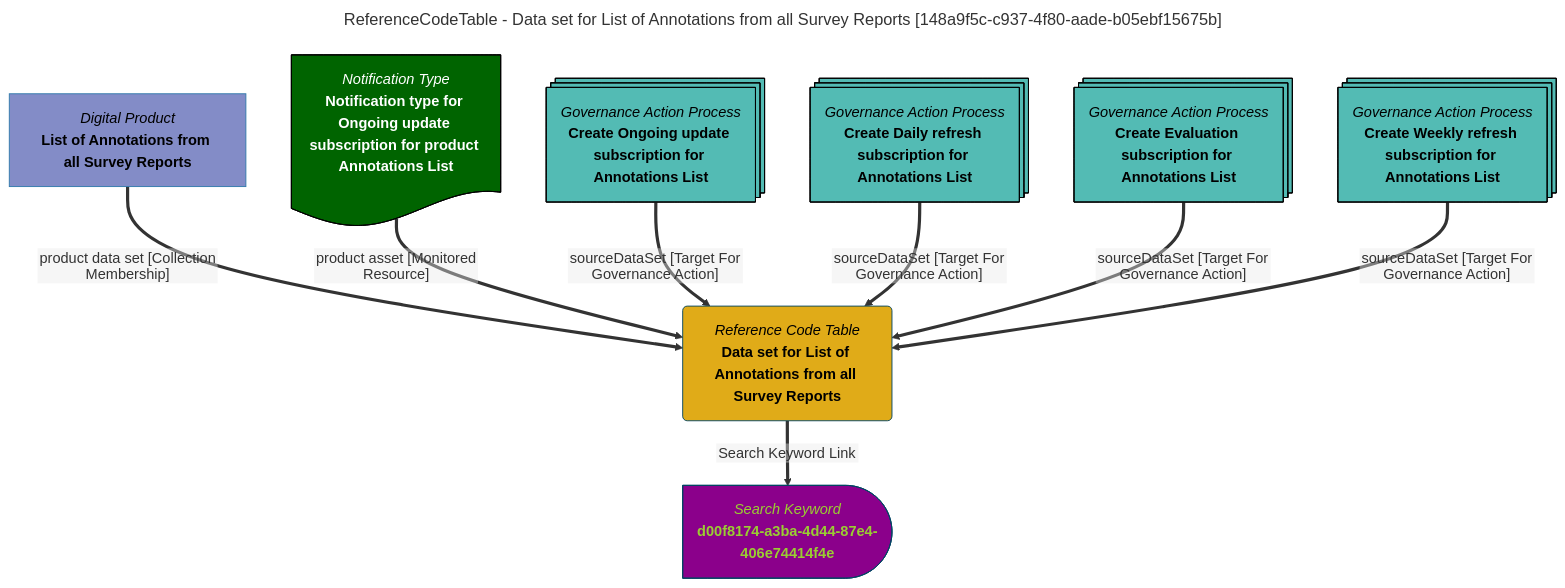
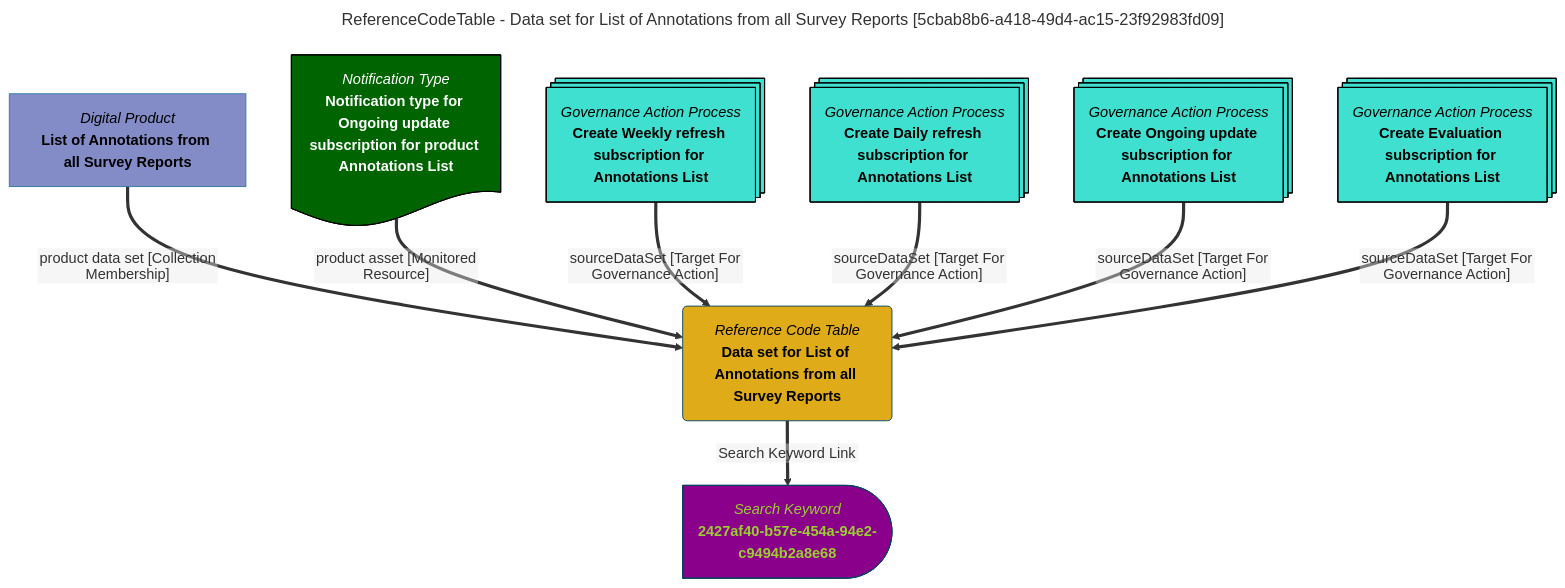
One commit to odpi/egeria-docs changed the diagram in site/snippets/data-assets/data-set-for-list-of-annotations-from-all-survey-reports-mermaid-graph.md. Above: the diagram before and after it, drawn with Mermaid. The commit also changed 2201 other files, not shown here.

````diff
--- a/site/snippets/data-assets/data-set-for-list-of-annotations-from-all-survey-reports-mermaid-graph.md
+++ b/site/snippets/data-assets/data-set-for-list-of-annotations-from-all-survey-reports-mermaid-graph.md
@@ -1,39 +1,39 @@
 ```mermaid
 ---
-title: ReferenceCodeTable - Data set for List of Annotations from all Survey Reports [148a9f5c-c937-4f80-aade-b05ebf15675b]
+title: ReferenceCodeTable - Data set for List of Annotations from all Survey Reports [5cbab8b6-a418-49d4-ac15-23f92983fd09]
 ---
 flowchart TD
 %%{init: {"flowchart": {"htmlLabels": false}} }%%
 
 1@{ shape: rounded, label: "*Reference Code Table*
 **Data set for List of Annotations from all Survey Reports**"}
 2@{ shape: delay, label: "*Search Keyword*
-**d00f8174-a3ba-4d44-87e4-406e74414f4e**"}
+**2427af40-b57e-454a-94e2-c9494b2a8e68**"}
 1==>|"Search Keyword Link"|2
 3@{ shape: rect, label: "*Digital Product*
 **List of Annotations from all Survey Reports**"}
 3==>|"product data set [Collection Membership]"|1
 4@{ shape: doc, label: "*Notification Type*
 **Notification type for Ongoing update subscription for product Annotations List**"}
 4==>|"product asset [Monitored Resource]"|1
 5@{ shape: processes, label: "*Governance Action Process*
-**Create Ongoing update subscription for Annotations List**"}
+**Create Weekly refresh subscription for Annotations List**"}
 5==>|"sourceDataSet [Target For Governance Action]"|1
 6@{ shape: processes, label: "*Governance Action Process*
 **Create Daily refresh subscription for Annotations List**"}
 6==>|"sourceDataSet [Target For Governance Action]"|1
 7@{ shape: processes, label: "*Governance Action Process*
-**Create Evaluation subscription for Annotations List**"}
+**Create Ongoing update subscription for Annotations List**"}
 7==>|"sourceDataSet [Target For Governance Action]"|1
 8@{ shape: processes, label: "*Governance Action Process*
-**Create Weekly refresh subscription for Annotations List**"}
+**Create Evaluation subscription for Annotations List**"}
 8==>|"sourceDataSet [Target For Governance Action]"|1
 style 1 color:#000000, fill:#e0ab18, stroke:#004563
-style 2 color:#9acd32, fill:#8b008b, stroke:#004563
+style 2 color:#9ACD32, fill:#8B008B, stroke:#004563
 style 3 color:#000000, fill:#838cc7, stroke:#3079ab
 style 4 color:#FFFFFF, fill:#006400, stroke:#000000
-style 5 color:#000000, fill:#53bbb4, stroke:#000000
-style 6 color:#000000, fill:#53bbb4, stroke:#000000
-style 7 color:#000000, fill:#53bbb4, stroke:#000000
-style 8 color:#000000, fill:#53bbb4, stroke:#000000
+style 5 color:#000000, fill:#40E0D0, stroke:#000000
+style 6 color:#000000, fill:#40E0D0, stroke:#000000
+style 7 color:#000000, fill:#40E0D0, stroke:#000000
+style 8 color:#000000, fill:#40E0D0, stroke:#000000
 ```
````
